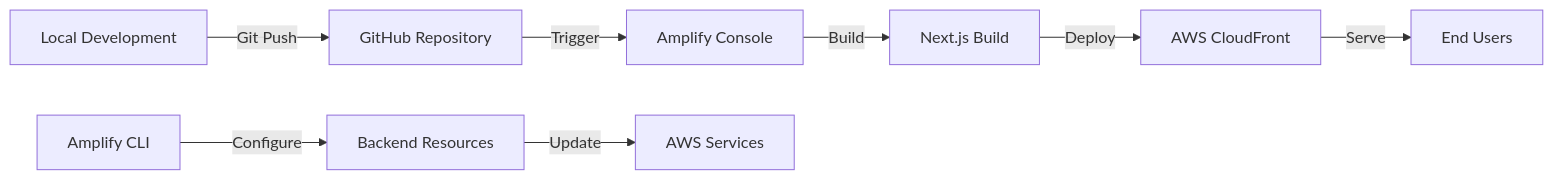
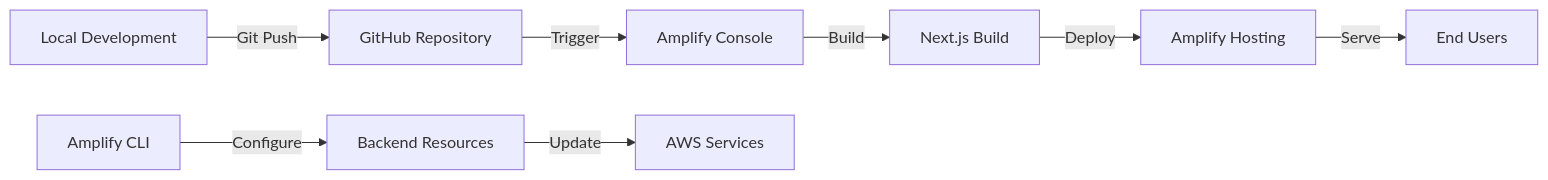
Before and after one commit to JulianZ-CD/stroop-test-app: the fourth of 4 diagrams in README.md, drawn with Mermaid. The commit also changed other lines of this file, not shown here.

````diff
--- a/README.md
+++ b/README.md
@@ -79,11 +86,11 @@
 ```mermaid
 graph LR
     A[Local Development] -->|Git Push| B[GitHub Repository]
     B -->|Trigger| C[Amplify Console]
     C -->|Build| D[Next.js Build]
-    D -->|Deploy| E[AWS CloudFront]
+    D -->|Deploy| E[Amplify Hosting]
     E -->|Serve| F[End Users]
     
     G[Amplify CLI] -->|Configure| H[Backend Resources]
     H -->|Update| I[AWS Services]
 ```
````
